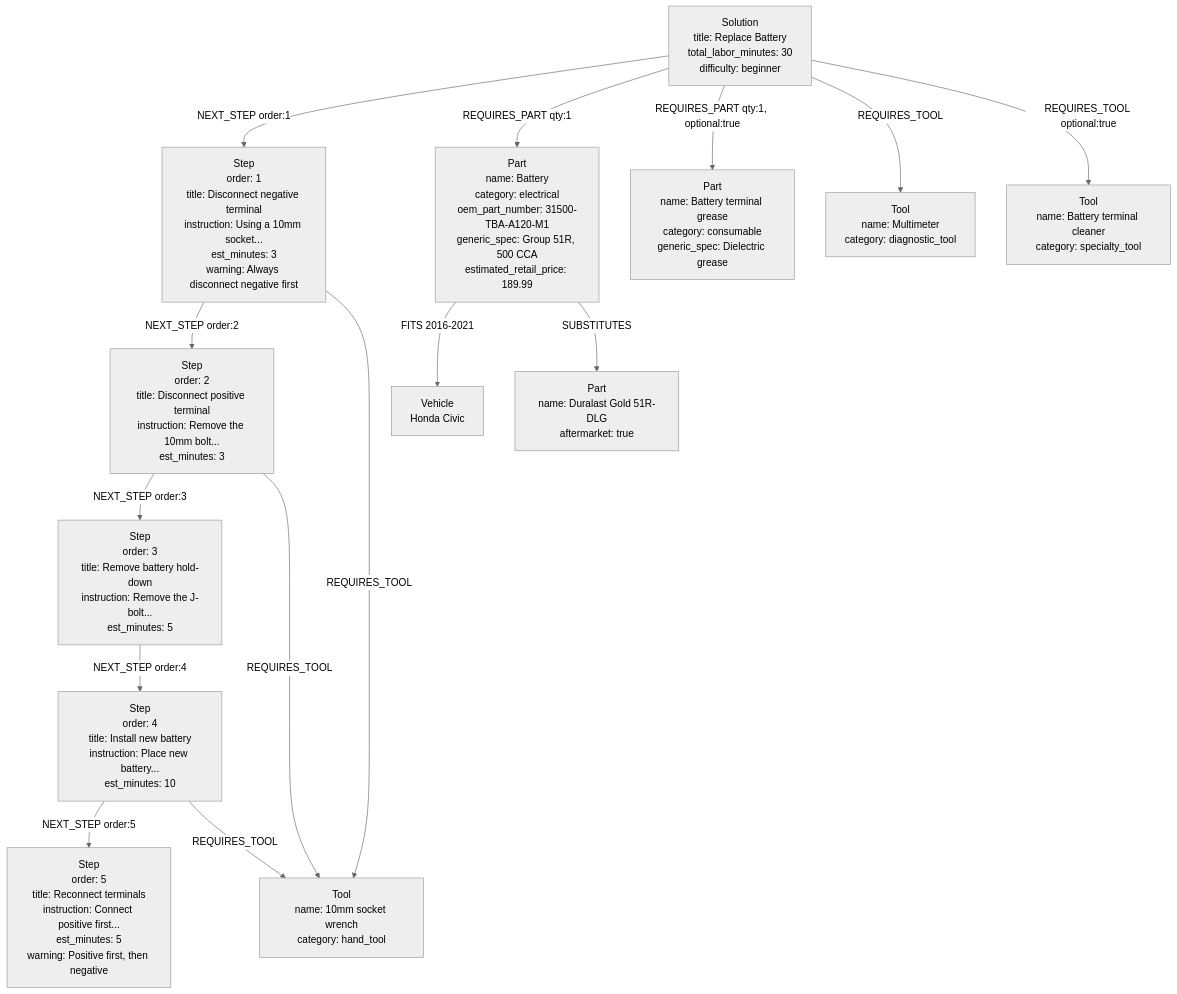
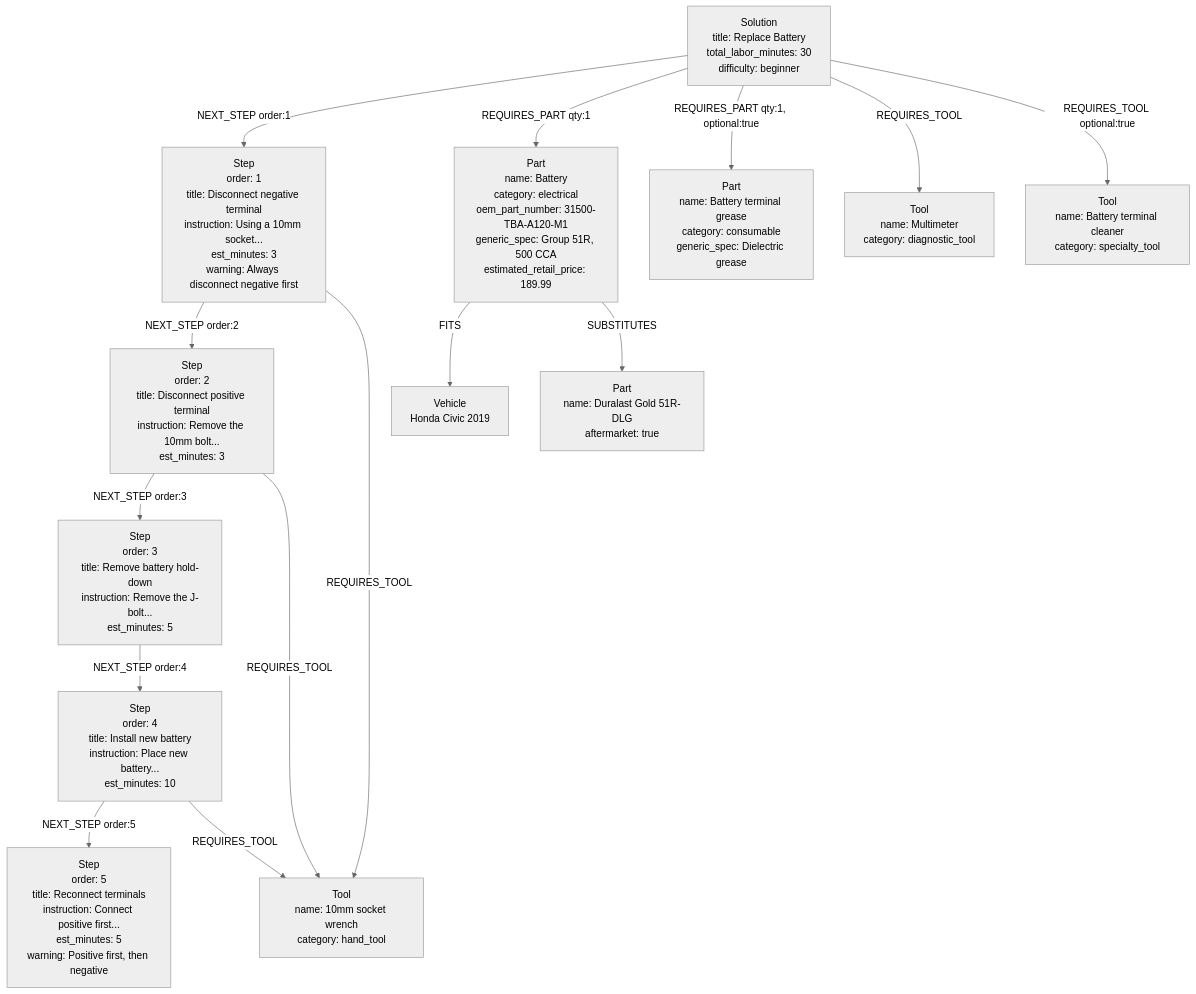
Diagram 13 of 16 in .cursor/plans/diagnostic_knowledge_system_c18065b2.plan.md (vjeeva/connected-diagnostics), drawn with Mermaid (neutral theme) before and after one commit. The commit also changed other lines of this file, not shown here.

````diff
--- a/.cursor/plans/diagnostic_knowledge_system_c18065b2.plan.md
+++ b/.cursor/plans/diagnostic_knowledge_system_c18065b2.plan.md
@@ -1014,33 +1176,33 @@
 ```mermaid
 graph TD
     Sol["Solution<br/>title: Replace Battery<br/>total_labor_minutes: 30<br/>difficulty: beginner"]
     S1["Step<br/>order: 1<br/>title: Disconnect negative terminal<br/>instruction: Using a 10mm socket...<br/>est_minutes: 3<br/>warning: Always disconnect negative first"]
     S2["Step<br/>order: 2<br/>title: Disconnect positive terminal<br/>instruction: Remove the 10mm bolt...<br/>est_minutes: 3"]
     S3["Step<br/>order: 3<br/>title: Remove battery hold-down<br/>instruction: Remove the J-bolt...<br/>est_minutes: 5"]
     S4["Step<br/>order: 4<br/>title: Install new battery<br/>instruction: Place new battery...<br/>est_minutes: 10"]
     S5["Step<br/>order: 5<br/>title: Reconnect terminals<br/>instruction: Connect positive first...<br/>est_minutes: 5<br/>warning: Positive first, then negative"]
 
     P1["Part<br/>name: Battery<br/>category: electrical<br/>oem_part_number: 31500-TBA-A120-M1<br/>generic_spec: Group 51R, 500 CCA<br/>estimated_retail_price: 189.99"]
     P2["Part<br/>name: Battery terminal grease<br/>category: consumable<br/>generic_spec: Dielectric grease"]
 
     T1["Tool<br/>name: 10mm socket wrench<br/>category: hand_tool"]
     T2["Tool<br/>name: Battery terminal cleaner<br/>category: specialty_tool"]
     T3["Tool<br/>name: Multimeter<br/>category: diagnostic_tool"]
 
     Sol -->|NEXT_STEP order:1| S1
     S1 -->|NEXT_STEP order:2| S2
     S2 -->|NEXT_STEP order:3| S3
     S3 -->|NEXT_STEP order:4| S4
     S4 -->|NEXT_STEP order:5| S5
 
     Sol -->|REQUIRES_PART qty:1| P1
     Sol -->|REQUIRES_PART qty:1, optional:true| P2
     S1 -->|REQUIRES_TOOL| T1
     S2 -->|REQUIRES_TOOL| T1
     S4 -->|REQUIRES_TOOL| T1
     Sol -->|REQUIRES_TOOL| T3
     Sol -->|REQUIRES_TOOL optional:true| T2
 
-    P1 -->|FITS 2016-2021| V1["Vehicle<br/>Honda Civic"]
+    P1 -->|FITS| V1["Vehicle<br/>Honda Civic 2019"]
     P1 -->|SUBSTITUTES| P3["Part<br/>name: Duralast Gold 51R-DLG<br/>aftermarket: true"]
 ```
````
